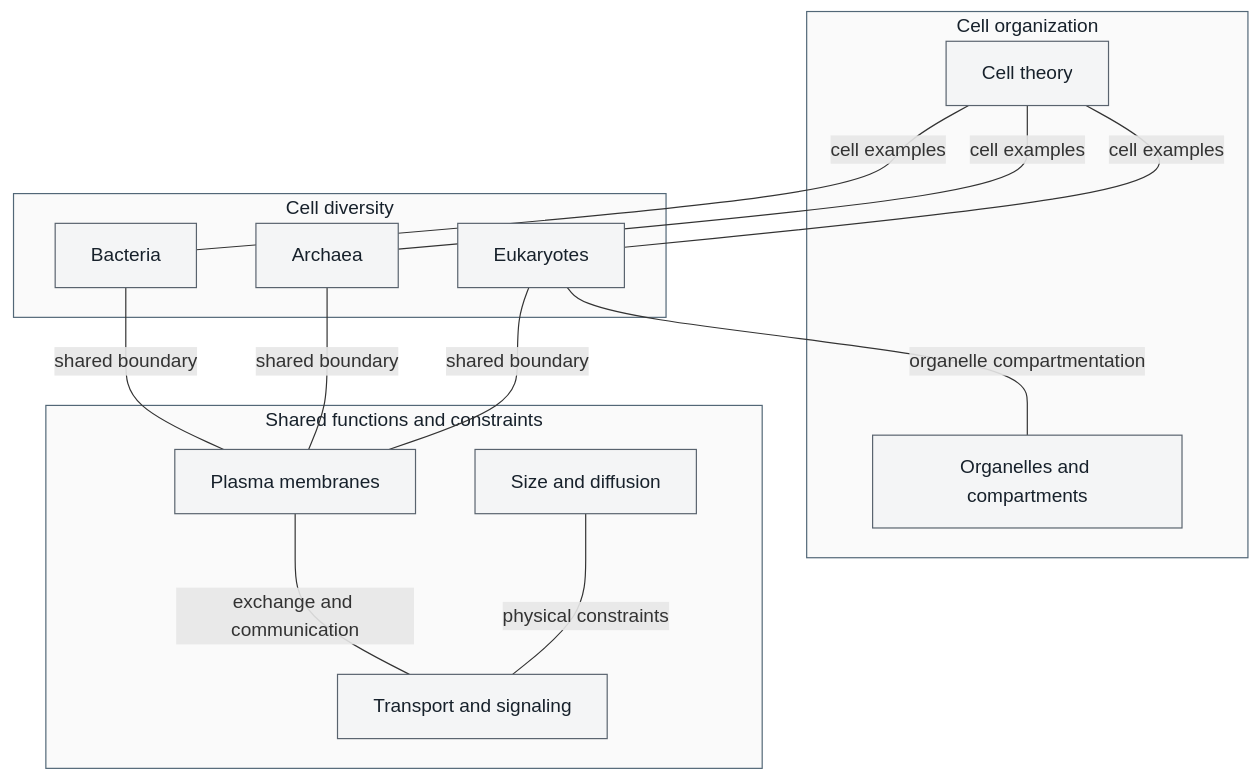
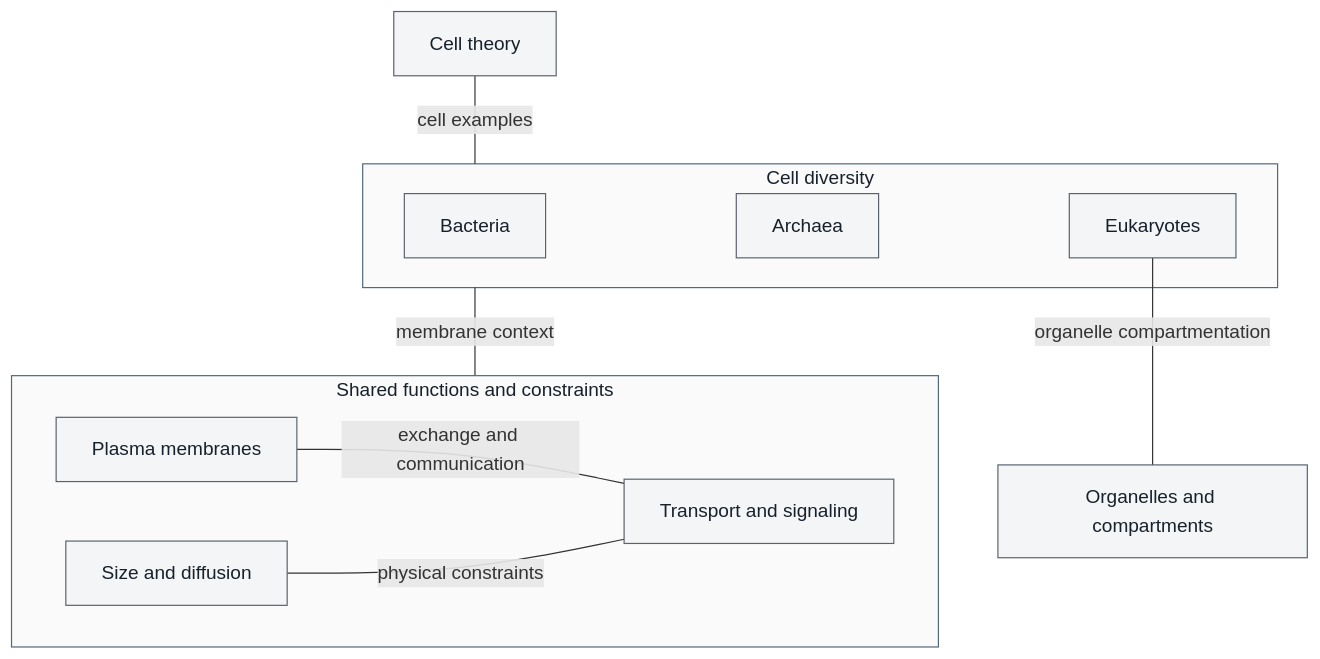
One commit to docxology/biology_textbook changed the diagram in docs/manuscript/unit_II/unit_intro.md. Above: the diagram before and after it, drawn with Mermaid. The commit also changed 18 other files, not shown here.

Commit message:
Close scientific peer findings and prove collision-free graphical overview sources

````diff
--- a/docs/manuscript/unit_II/unit_intro.md
+++ b/docs/manuscript/unit_II/unit_intro.md
@@ -41,34 +41,27 @@
 ```mermaid
 ---
 config:
   layout: dagre
 ---
 graph TD
     subgraph D["Cell diversity"]
         B["Bacteria"]
         A["Archaea"]
         E["Eukaryotes"]
     end
-    subgraph O["Cell organization"]
-        T["Cell theory"]
-        C["Organelles and compartments"]
-    end
+    T["Cell theory"]
+    C["Organelles and compartments"]
     subgraph S["Shared functions and constraints"]
         M["Plasma membranes"]
         X["Transport and signaling"]
         F["Size and diffusion"]
     end
-    T ---|"cell examples"| B
-    T ---|"cell examples"| A
-    T ---|"cell examples"| E
+    T ---|"cell examples"| D
     E ---|"organelle compartmentation"| C
-    B ---|"shared boundary"| M
-    A ---|"shared boundary"| M
-    E ---|"shared boundary"| M
+    D ---|"membrane context"| S
     M ---|"exchange and communication"| X
     F ---|"physical constraints"| X
     classDef default fill:#f4f5f6,stroke:#59636e,color:#17212b
     style D fill:#fafafa,stroke:#526777,color:#17212b
-    style O fill:#fafafa,stroke:#526777,color:#17212b
     style S fill:#fafafa,stroke:#526777,color:#17212b
 ```
````
